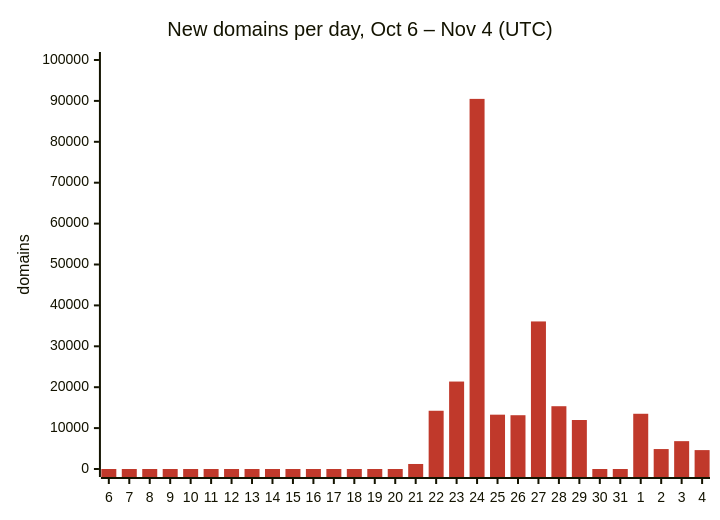
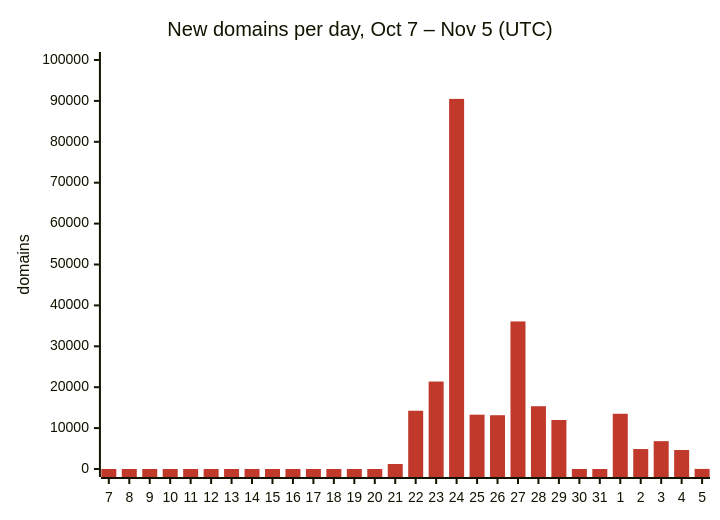
The first of 3 diagrams in README.md (DNSBunker/CTI), drawn with Mermaid before and after one commit. The commit also changed other lines of this file and 3 other files, not shown here.

First line of the commit message:
Update 2026-11-05 00:09 UTC: 186651 domains

````diff
--- a/README.md
+++ b/README.md
@@ -29,8 +29,8 @@
 ```mermaid
 %%{init: {"themeVariables": {"xyChart": {"plotColorPalette": "#c0392b"}}}}%%
 xychart-beta
-    title "New domains per day, Oct 6 – Nov 4 (UTC)"
-    x-axis ["6", "7", "8", "9", "10", "11", "12", "13", "14", "15", "16", "17", "18", "19", "20", "21", "22", "23", "24", "25", "26", "27", "28", "29", "30", "31", "1", "2", "3", "4"]
+    title "New domains per day, Oct 7 – Nov 5 (UTC)"
+    x-axis ["7", "8", "9", "10", "11", "12", "13", "14", "15", "16", "17", "18", "19", "20", "21", "22", "23", "24", "25", "26", "27", "28", "29", "30", "31", "1", "2", "3", "4", "5"]
     y-axis "domains" 0 --> 100000
-    bar [0, 0, 0, 0, 0, 0, 0, 0, 0, 0, 0, 0, 0, 0, 0, 1227, 14240, 21381, 90492, 13281, 13149, 36078, 15350, 11978, 0, 0, 13504, 4877, 6808, 4620]
+    bar [0, 0, 0, 0, 0, 0, 0, 0, 0, 0, 0, 0, 0, 0, 1227, 14240, 21381, 90492, 13281, 13149, 36078, 15350, 11978, 0, 0, 13504, 4877, 6808, 4640, 22]
 ```
````
